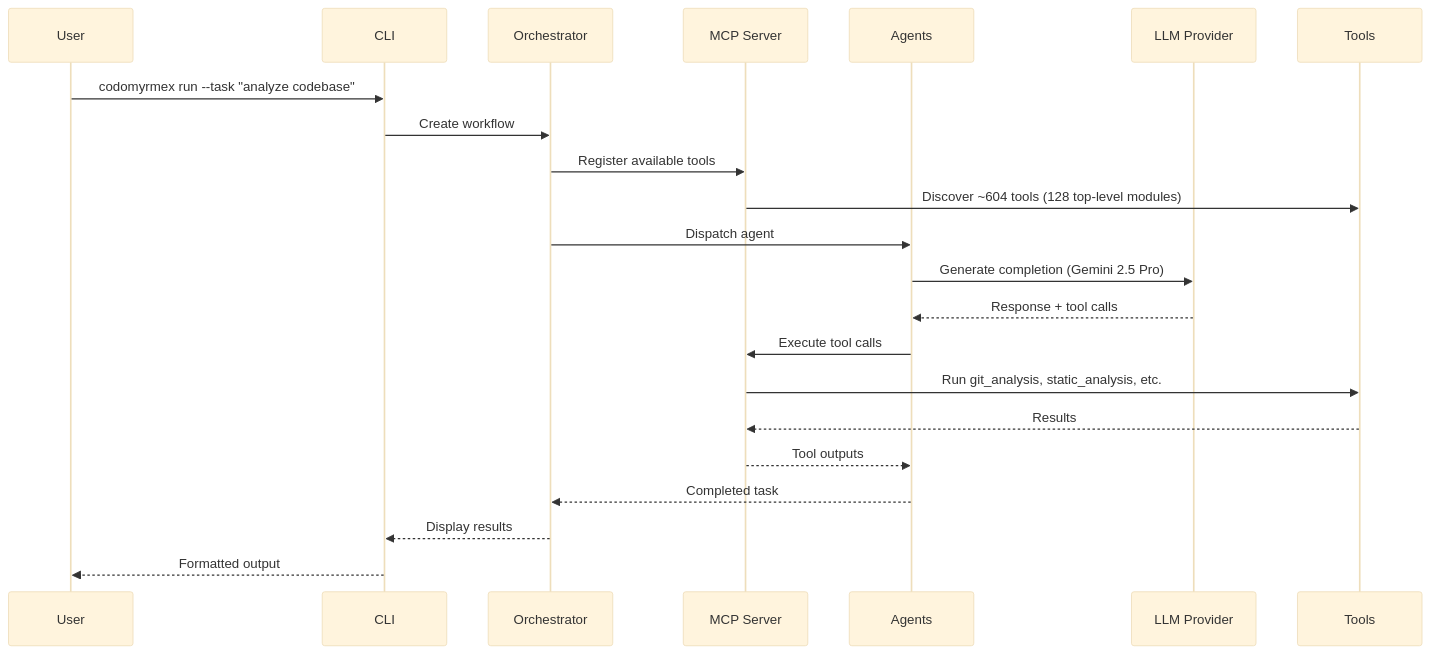
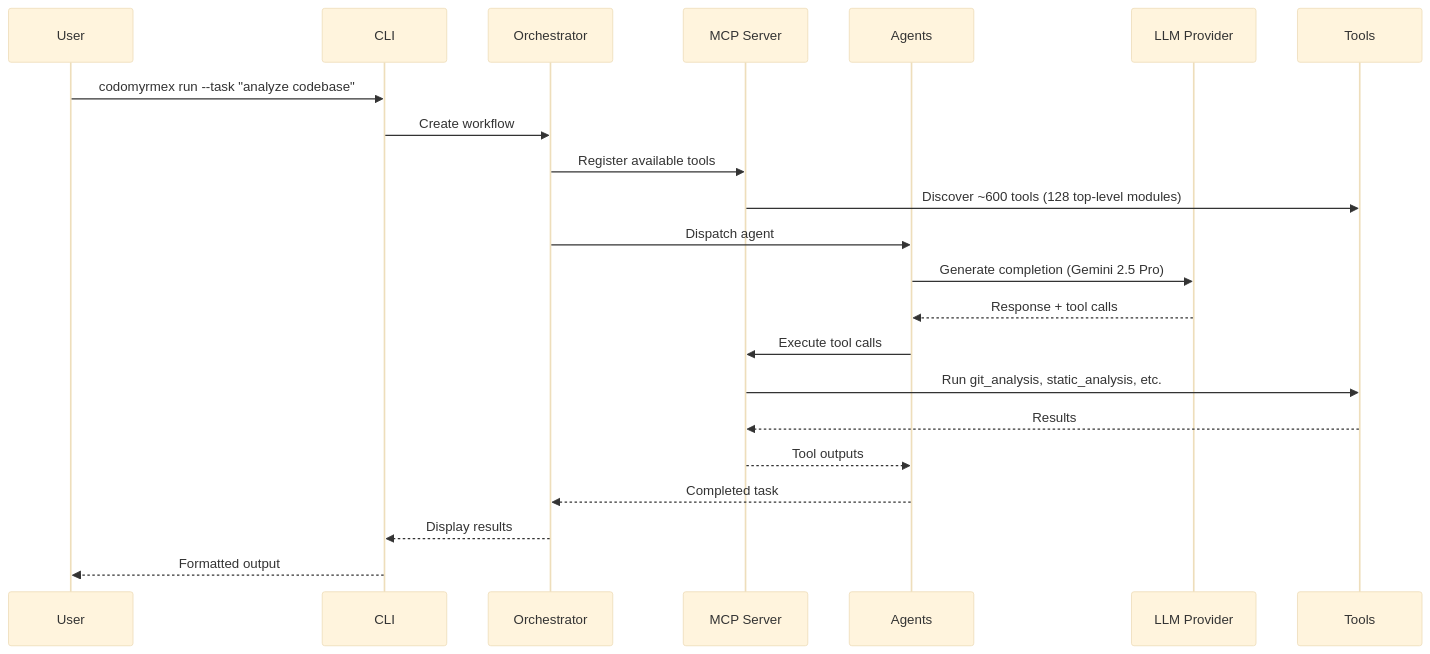
The third of 7 diagrams in .github/README.md (docxology/codomyrmex), drawn with Mermaid (base theme) before and after one commit. The commit also changed other lines of this file and 946 other files, not shown here.

````diff
--- a/.github/README.md
+++ b/.github/README.md
@@ -473,25 +473,25 @@
 ```mermaid
 sequenceDiagram
     participant User
     participant CLI
     participant Orchestrator
     participant MCP as MCP Server
     participant Agents
     participant LLM as LLM Provider
     participant Tools
 
     User->>CLI: codomyrmex run --task "analyze codebase"
     CLI->>Orchestrator: Create workflow
     Orchestrator->>MCP: Register available tools
-    MCP->>Tools: Discover ~604 tools (128 top-level modules)
+    MCP->>Tools: Discover ~600 tools (128 top-level modules)
     Orchestrator->>Agents: Dispatch agent
     Agents->>LLM: Generate completion (Gemini 2.5 Pro)
     LLM-->>Agents: Response + tool calls
     Agents->>MCP: Execute tool calls
     MCP->>Tools: Run git_analysis, static_analysis, etc.
     Tools-->>MCP: Results
     MCP-->>Agents: Tool outputs
     Agents-->>Orchestrator: Completed task
     Orchestrator-->>CLI: Display results
     CLI-->>User: Formatted output
 ```
````
